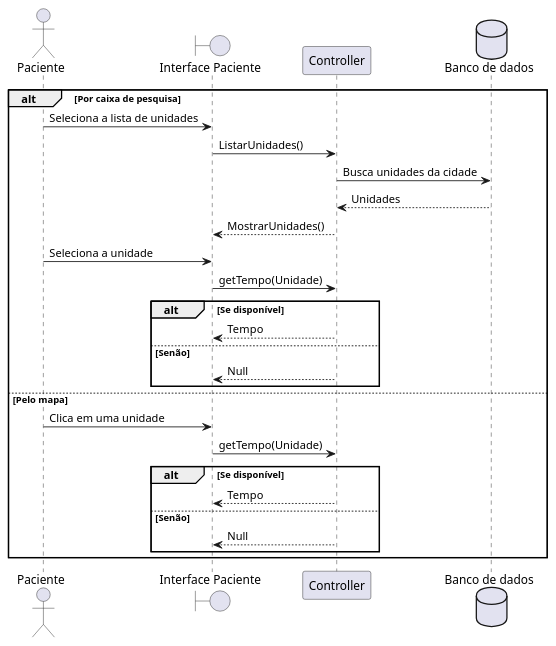
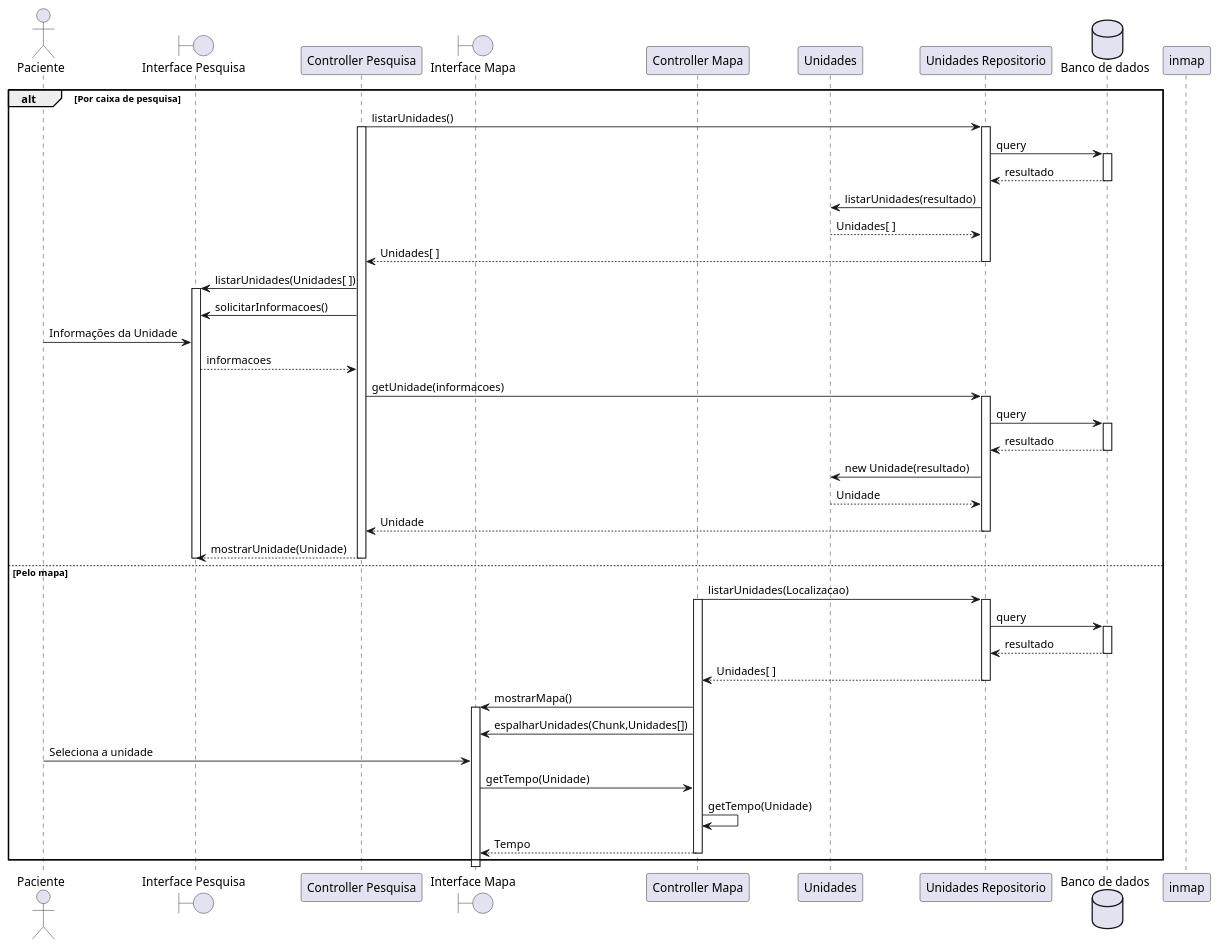
Before and after one commit to PurpleLobster31/Erro404_LabEngSoftw_06N: the second of 4 diagrams in Diagrama_casos_uso.md, drawn with PlantUML.

Commit message:
Conserto do UC001

````diff
--- a/Diagrama_casos_uso.md
+++ b/Diagrama_casos_uso.md
@@ -37,33 +37,68 @@
 ```plantuml
 @startuml
 
     actor Paciente as pac
-    boundary "Interface Paciente" as intcli
-    participant Controller as cont
+    boundary "Interface Pesquisa" as intpes
+    participant "Controller Pesquisa" as contpes
+    boundary "Interface Mapa" as intmap
+    participant "Controller Mapa" as contmap
+    participant Unidades as un
+    participant "Unidades Repositorio" as unre
     database "Banco de dados" as bd
     
     alt Por caixa de pesquisa
-        pac -> intcli: Seleciona a lista de unidades
-        intcli -> cont: ListarUnidades()
-        cont -> bd: Busca unidades da cidade
-        bd --> cont: Unidades
-        cont --> intcli: MostrarUnidades()
-        pac -> intcli: Seleciona a unidade
-        intcli -> cont: getTempo(Unidade)
-        alt Se disponível
-            cont --> intcli: Tempo
-        else Senão
-            cont --> intcli: Null
-        end
+        contpes -> unre: listarUnidades()
+        activate contpes
+        activate unre
+        unre -> bd: query
+        activate bd
+        bd --> unre: resultado
+        deactivate bd
+        unre -> un: listarUnidades(resultado)
+        un --> unre: Unidades[ ]
+        unre --> contpes: Unidades[ ]
+        deactivate unre
+        contpes -> intpes: listarUnidades(Unidades[ ])
+        activate intpes
+        contpes -> intpes: solicitarInformacoes()
+        pac -> intpes: Informações da Unidade
+        intpes --> contpes: informacoes
+        contpes -> unre: getUnidade(informacoes)
+        activate unre
+        unre -> bd: query
+        activate bd
+        bd --> unre: resultado
+        deactivate bd
+        unre -> un: new Unidade(resultado)
+        un --> unre: Unidade
+        unre --> contpes: Unidade
+        deactivate unre
+        contpes --> intpes: mostrarUnidade(Unidade)
+        deactivate intpes
+        deactivate contpes
+        
 
     else Pelo mapa
-        pac -> intcli: Clica em uma unidade
-        intcli -> cont: getTempo(Unidade)
-        alt Se disponível
-            cont --> intcli: Tempo
-        else Senão
-            cont --> intcli: Null
-        end
+        contmap -> unre: listarUnidades(Localizacao)
+        activate contmap
+        activate unre
+        unre -> bd: query
+        activate bd
+        bd --> unre: resultado
+        deactivate bd
+        unre --> contmap: Unidades[ ]
+        deactivate unre 
+        contmap -> intmap: mostrarMapa()
+        activate intmap
+        contmap -> intmap: espalharUnidades(Chunk,Unidades[])
+        pac -> intmap: Seleciona a unidade
+        intmap -> contmap: getTempo(Unidade)
+        contmap -> contmap: getTempo(Unidade)
+        contmap --> intmap: Tempo
+        deactivate inmap
+        deactivate contmap
+
+
     end
 @enduml
 ```
````
